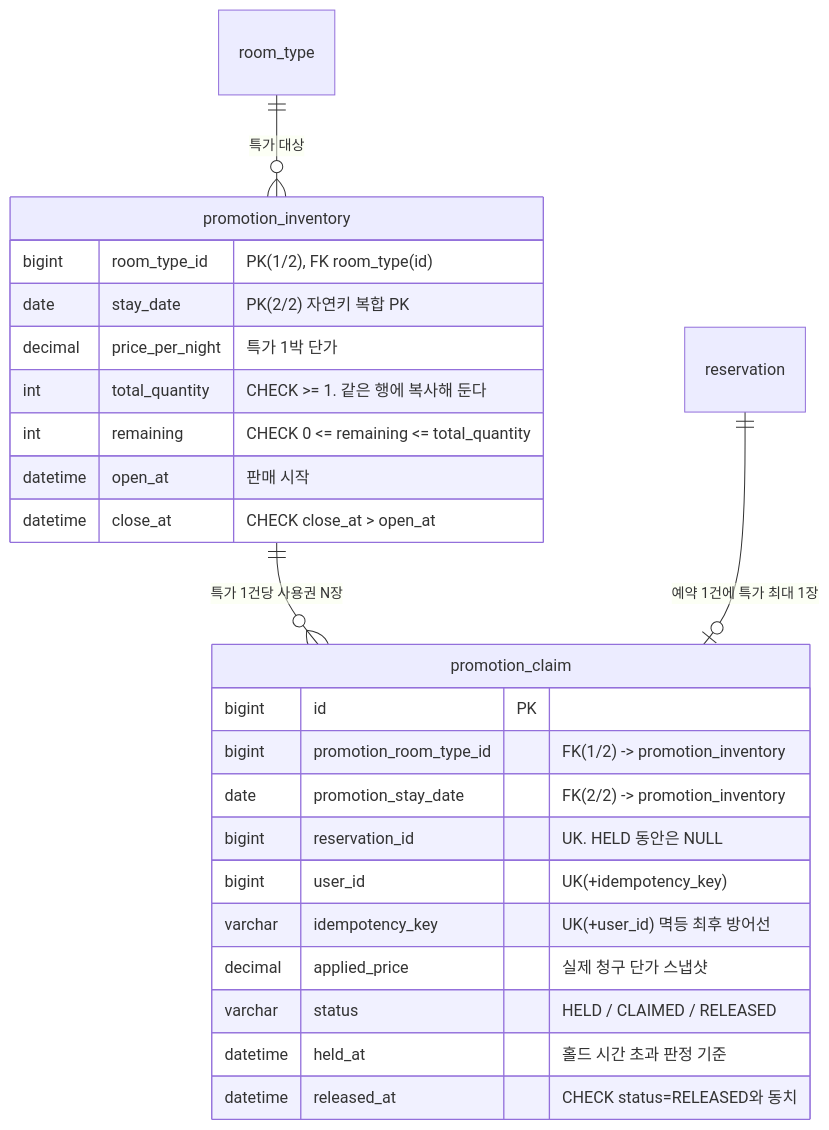
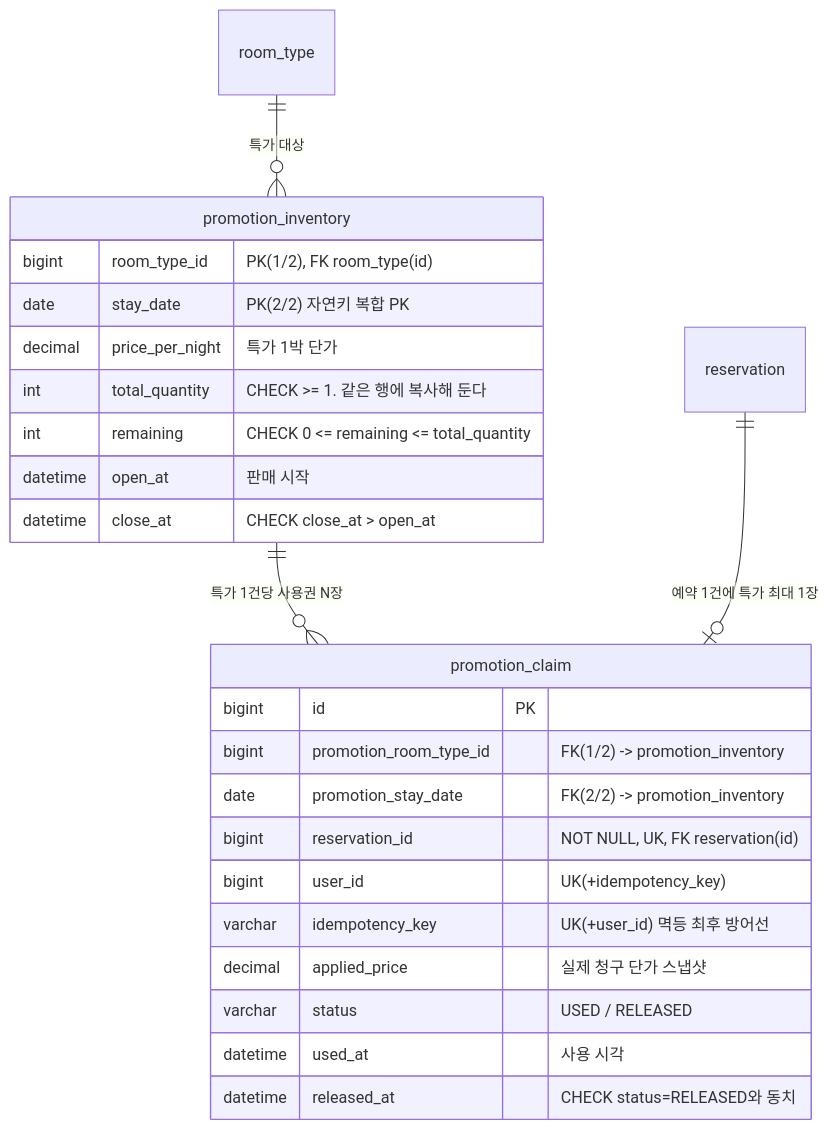
Before and after one commit to Diocto/pms: the third of 5 diagrams in docs/spec/F02-선착순-프로모션.md, drawn with Mermaid. The commit also changed other lines of this file and 1 other file, not shown here.

````diff
--- a/docs/spec/F02-선착순-프로모션.md
+++ b/docs/spec/F02-선착순-프로모션.md
@@ -185,27 +204,27 @@
 ```mermaid
 erDiagram
     room_type ||--o{ promotion_inventory : "특가 대상"
     promotion_inventory ||--o{ promotion_claim : "특가 1건당 사용권 N장"
     reservation ||--o| promotion_claim : "예약 1건에 특가 최대 1장"
     promotion_inventory {
         bigint room_type_id "PK(1/2), FK room_type(id)"
         date stay_date "PK(2/2) 자연키 복합 PK"
         decimal price_per_night "특가 1박 단가"
         int total_quantity "CHECK >= 1. 같은 행에 복사해 둔다"
         int remaining "CHECK 0 <= remaining <= total_quantity"
         datetime open_at "판매 시작"
         datetime close_at "CHECK close_at > open_at"
     }
     promotion_claim {
         bigint id PK
         bigint promotion_room_type_id "FK(1/2) -> promotion_inventory"
         date promotion_stay_date "FK(2/2) -> promotion_inventory"
-        bigint reservation_id "UK. HELD 동안은 NULL"
+        bigint reservation_id "NOT NULL, UK, FK reservation(id)"
         bigint user_id "UK(+idempotency_key)"
         varchar idempotency_key "UK(+user_id) 멱등 최후 방어선"
         decimal applied_price "실제 청구 단가 스냅샷"
-        varchar status "HELD / CLAIMED / RELEASED"
-        datetime held_at "홀드 시간 초과 판정 기준"
+        varchar status "USED / RELEASED"
+        datetime used_at "사용 시각"
         datetime released_at "CHECK status=RELEASED와 동치"
     }
 ```
````
